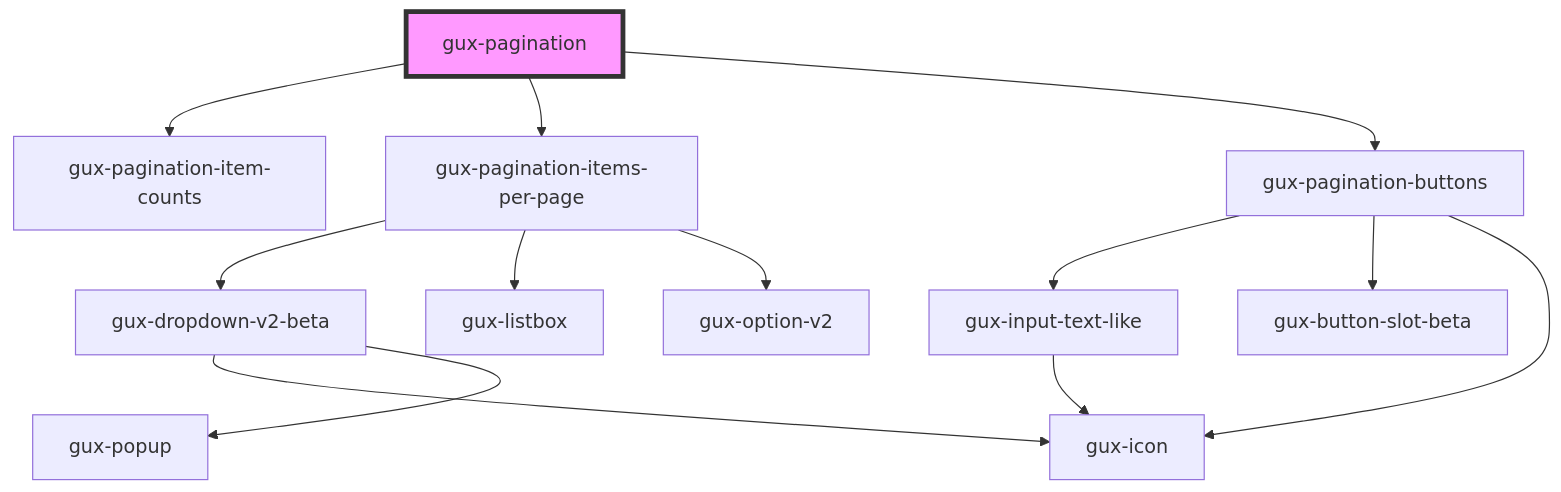
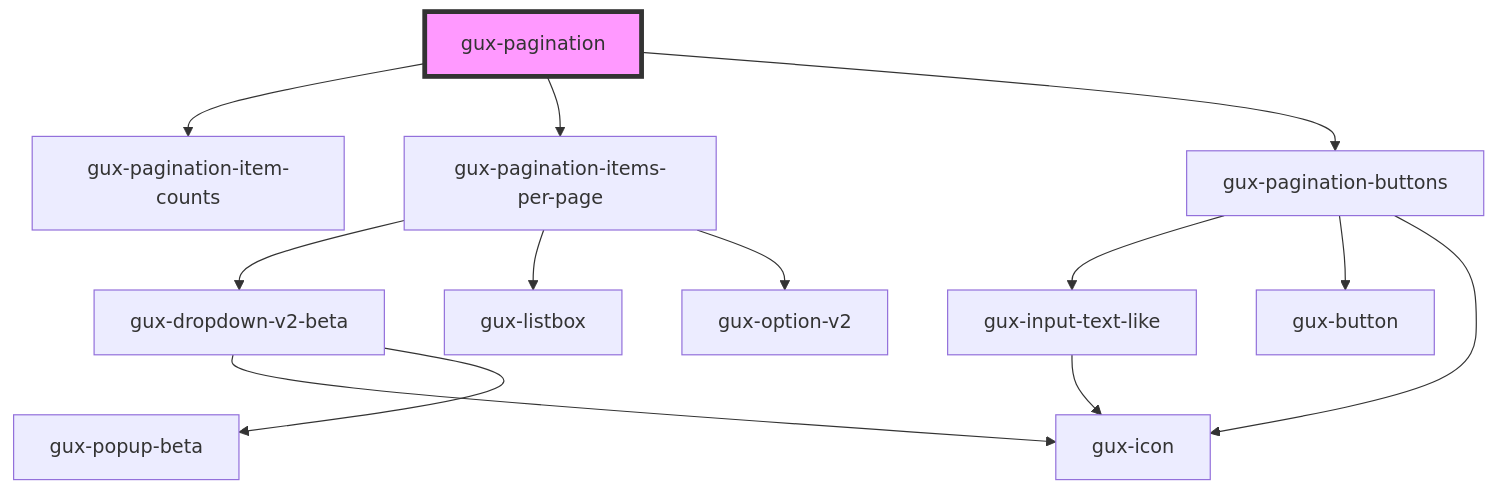
Before and after one commit to sonaliGenesys/genesys-webcomponents: the diagram in src/components/stable/gux-pagination/readme.md, drawn with Mermaid. The commit also changed 17 other files, not shown here.

````diff
--- a/src/components/stable/gux-pagination/readme.md
+++ b/src/components/stable/gux-pagination/readme.md
@@ -41,16 +41,16 @@
 ```mermaid
 graph TD;
   gux-pagination --> gux-pagination-item-counts
   gux-pagination --> gux-pagination-items-per-page
   gux-pagination --> gux-pagination-buttons
   gux-pagination-items-per-page --> gux-dropdown-v2-beta
   gux-pagination-items-per-page --> gux-listbox
   gux-pagination-items-per-page --> gux-option-v2
   gux-dropdown-v2-beta --> gux-icon
-  gux-dropdown-v2-beta --> gux-popup
+  gux-dropdown-v2-beta --> gux-popup-beta
   gux-pagination-buttons --> gux-input-text-like
-  gux-pagination-buttons --> gux-button-slot-beta
+  gux-pagination-buttons --> gux-button
   gux-pagination-buttons --> gux-icon
   gux-input-text-like --> gux-icon
   style gux-pagination fill:#f9f,stroke:#333,stroke-width:4px
 ```
````
